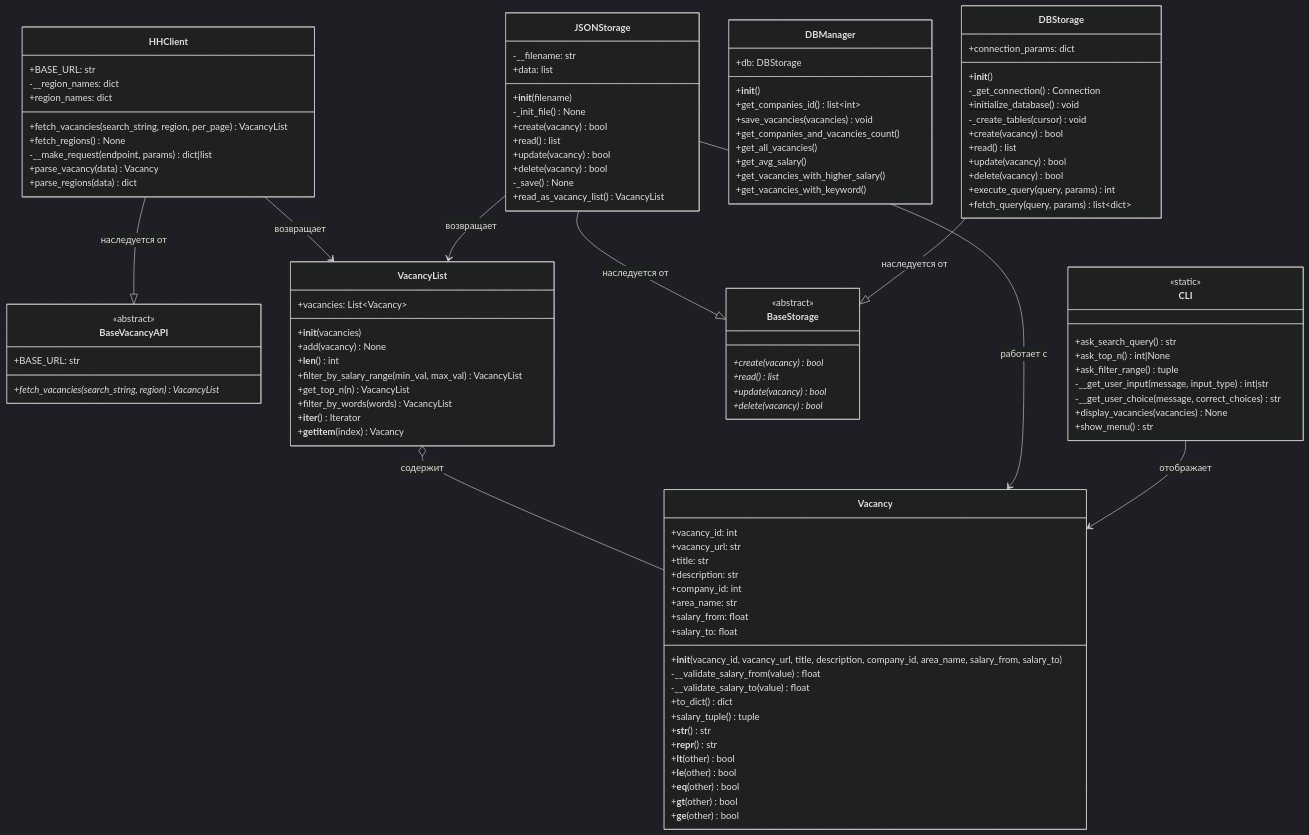
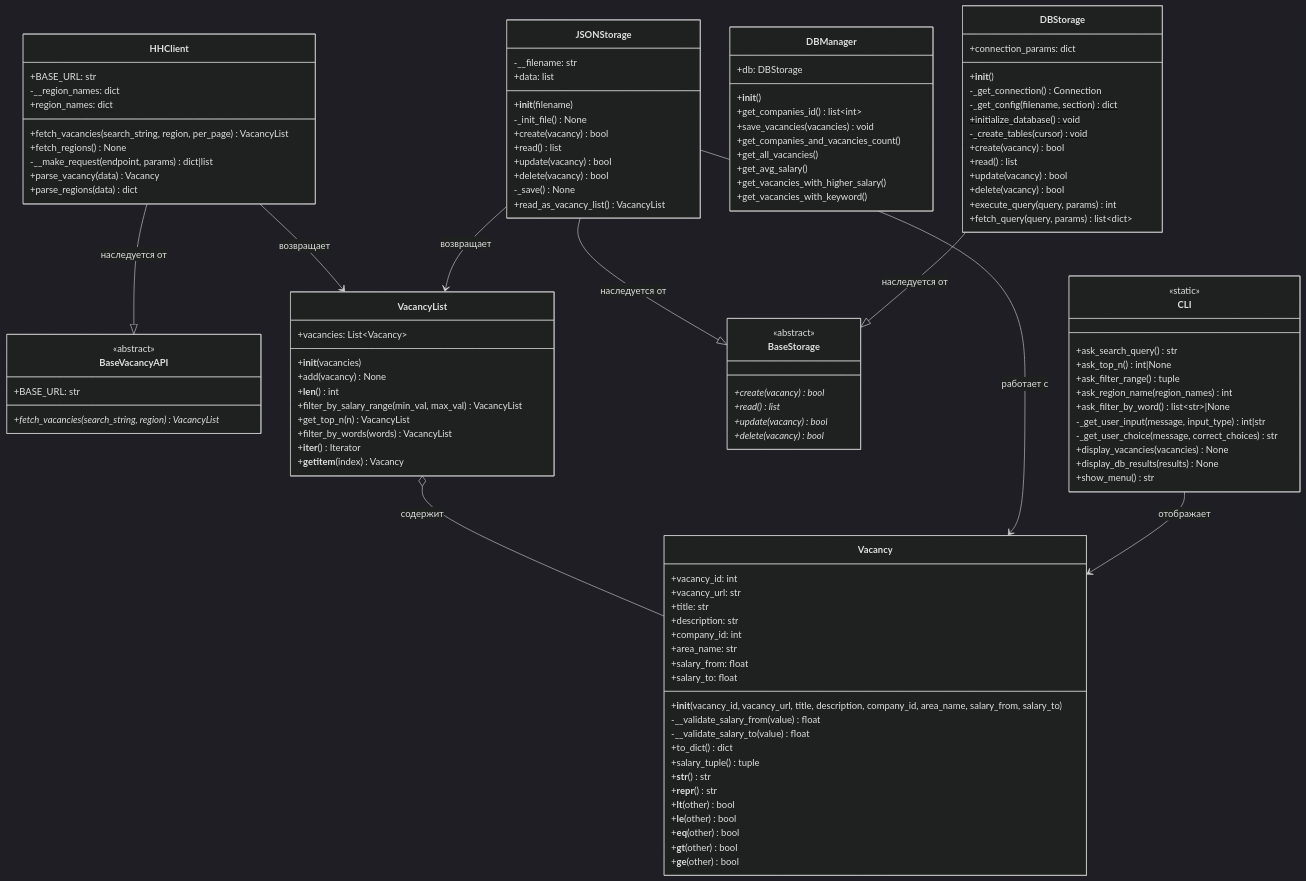
Before and after one commit to dagniden/HHParser: the first of 2 diagrams in README.md, drawn with Mermaid (dark theme). The commit also changed other lines of this file and 17 other files, not shown here.

```diff
--- a/README.md
+++ b/README.md
@@ -114,6 +135,7 @@
         +connection_params: dict
         +__init__()
         -_get_connection() Connection
+        -_get_config(filename, section)$ dict
         +initialize_database()$ void
         -_create_tables(cursor)$ void
         +create(vacancy) bool
@@ -154,9 +176,12 @@
         +ask_search_query() str
         +ask_top_n() int|None
         +ask_filter_range() tuple
-        -__get_user_input(message, input_type) int|str
-        -__get_user_choice(message, correct_choices) str
+        +ask_region_name(region_names) int
+        +ask_filter_by_word() list~str~|None
+        -_get_user_input(message, input_type) int|str
+        -_get_user_choice(message, correct_choices) str
         +display_vacancies(vacancies) None
+        +display_db_results(results) None
         +show_menu() str
     }
 
```
